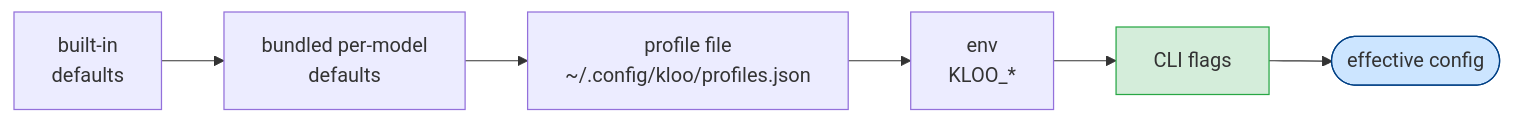
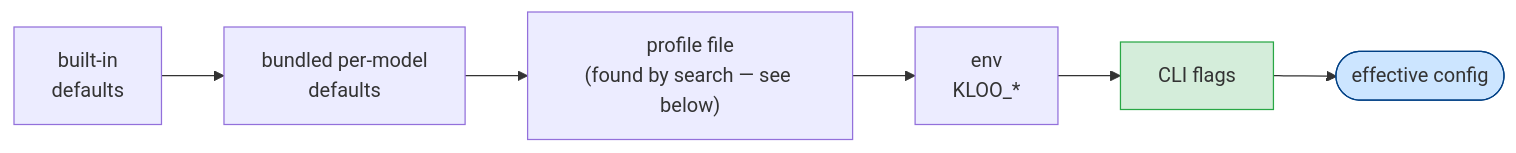
One commit to lokalhub/kloo changed the diagram in docs/configuration.md. Above: the diagram before and after it, drawn with Mermaid. The commit also changed other lines of this file and 5 other files, not shown here.

````diff
--- a/docs/configuration.md
+++ b/docs/configuration.md
@@ -12,10 +12,10 @@
 ```mermaid
 flowchart LR
     D[built-in<br/>defaults] --> B["bundled per-model<br/>defaults"]
-    B --> P["profile file<br/>~/.config/kloo/profiles.json"]
+    B --> P["profile file<br/>(found by search — see below)"]
     P --> E["env<br/>KLOO_*"]
     E --> F[CLI flags]
     F --> R([effective config])
     style F fill:#d4edda,stroke:#28a745
     style R fill:#cce5ff,stroke:#004085
 ```
````
